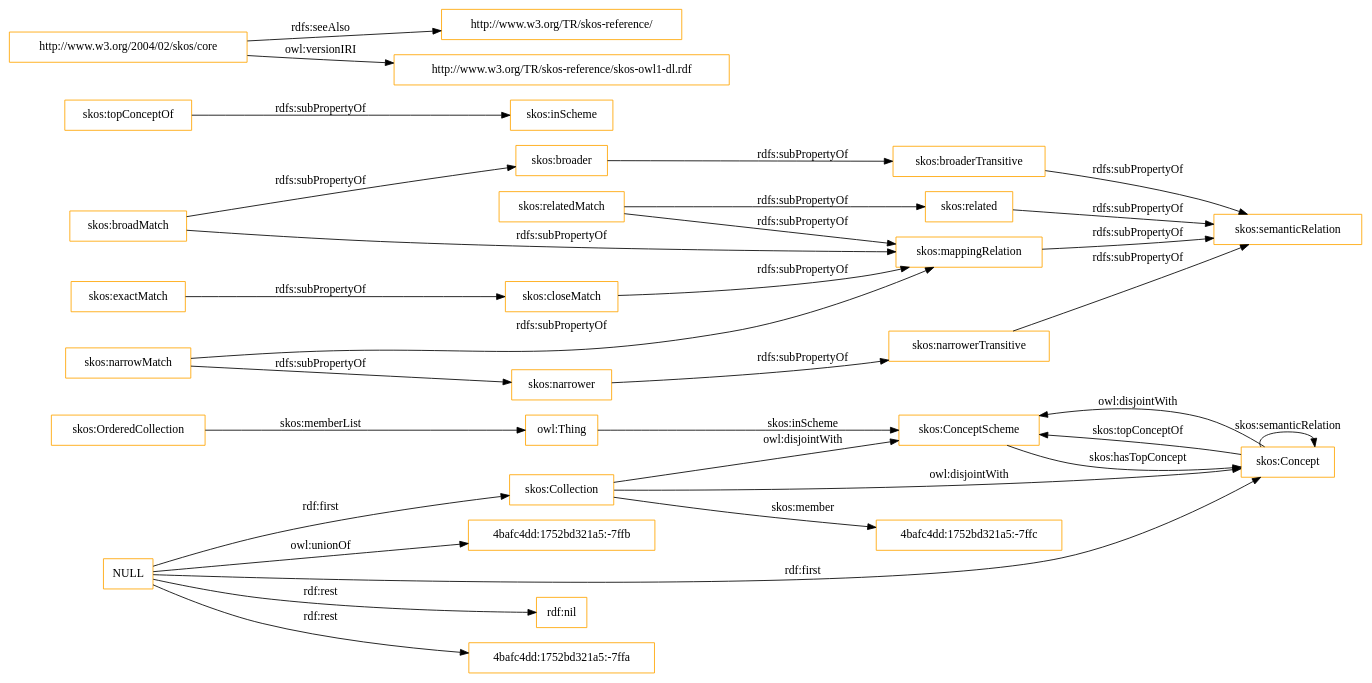
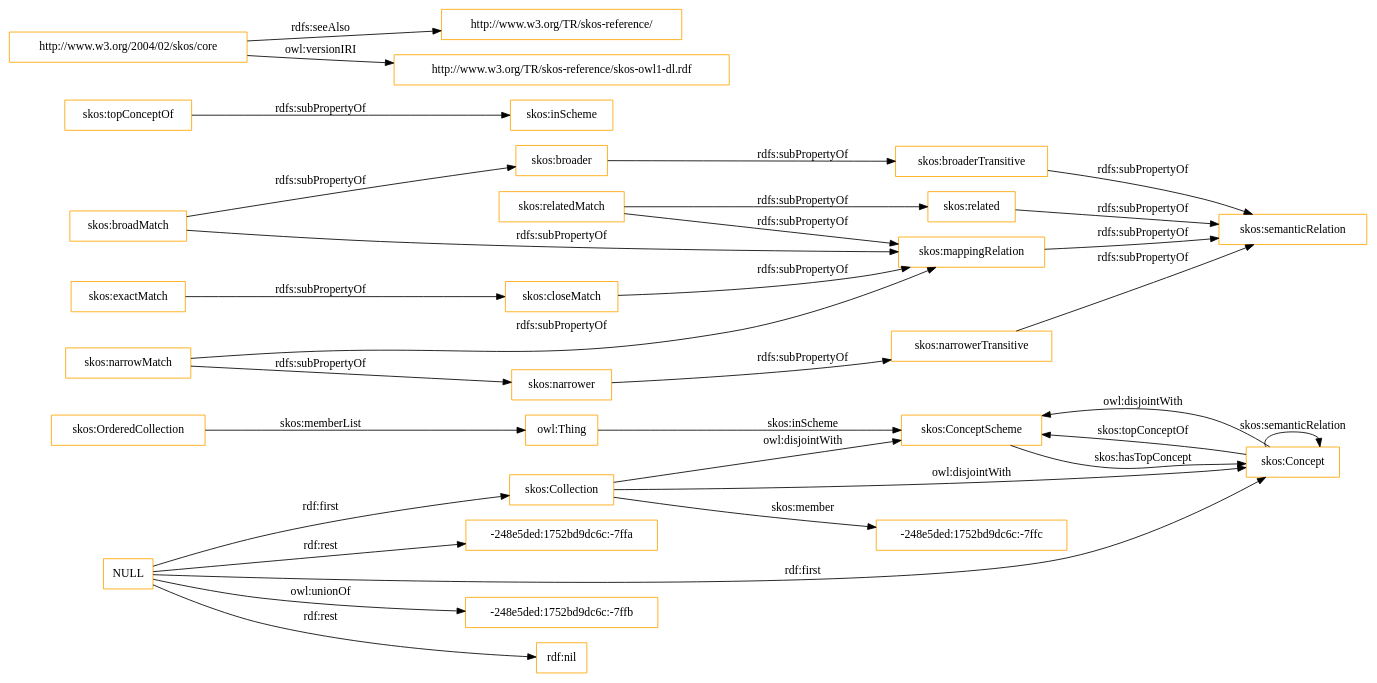
The diagram in OnToology/imports/skos.owl/diagrams/ar2dtool-class/skos.owl.png.dot (OnToologyUser/core-ontology-1), drawn with Graphviz before and after one commit. The commit also changed 14 other files, not shown here.

```diff
--- a/OnToology/imports/skos.owl/diagrams/ar2dtool-class/skos.owl.png.dot
+++ b/OnToology/imports/skos.owl/diagrams/ar2dtool-class/skos.owl.png.dot
@@ -1,37 +1,37 @@
 digraph ar2dtool_diagram { 
 rankdir=LR;
 size="1501"
-node [shape = rectangle, color="orange"]; "skos:OrderedCollection" "skos:ConceptScheme" "skos:Concept" "skos:Collection" "4bafc4dd:1752bd321a5:-7ffc" ; /*classes style*/
+node [shape = rectangle, color="orange"]; "skos:OrderedCollection" "skos:ConceptScheme" "skos:Concept" "skos:Collection" "-248e5ded:1752bd9dc6c:-7ffc" ; /*classes style*/
 	"skos:narrowerTransitive" -> "skos:semanticRelation" [ label = "rdfs:subPropertyOf" ];
+	"NULL" -> "-248e5ded:1752bd9dc6c:-7ffb" [ label = "owl:unionOf" ];
 	"NULL" -> "rdf:nil" [ label = "rdf:rest" ];
 	"NULL" -> "skos:Concept" [ label = "rdf:first" ];
-	"NULL" -> "4bafc4dd:1752bd321a5:-7ffa" [ label = "rdf:rest" ];
+	"NULL" -> "-248e5ded:1752bd9dc6c:-7ffa" [ label = "rdf:rest" ];
 	"NULL" -> "skos:Collection" [ label = "rdf:first" ];
-	"NULL" -> "4bafc4dd:1752bd321a5:-7ffb" [ label = "owl:unionOf" ];
 	"skos:closeMatch" -> "skos:mappingRelation" [ label = "rdfs:subPropertyOf" ];
 	"skos:Concept" -> "skos:ConceptScheme" [ label = "owl:disjointWith" ];
 	"skos:relatedMatch" -> "skos:related" [ label = "rdfs:subPropertyOf" ];
 	"skos:relatedMatch" -> "skos:mappingRelation" [ label = "rdfs:subPropertyOf" ];
 	"skos:related" -> "skos:semanticRelation" [ label = "rdfs:subPropertyOf" ];
 	"skos:topConceptOf" -> "skos:inScheme" [ label = "rdfs:subPropertyOf" ];
 	"skos:broadMatch" -> "skos:mappingRelation" [ label = "rdfs:subPropertyOf" ];
 	"skos:broadMatch" -> "skos:broader" [ label = "rdfs:subPropertyOf" ];
 	"skos:exactMatch" -> "skos:closeMatch" [ label = "rdfs:subPropertyOf" ];
 	"skos:broaderTransitive" -> "skos:semanticRelation" [ label = "rdfs:subPropertyOf" ];
 	"skos:broader" -> "skos:broaderTransitive" [ label = "rdfs:subPropertyOf" ];
 	"skos:mappingRelation" -> "skos:semanticRelation" [ label = "rdfs:subPropertyOf" ];
 	"http://www.w3.org/2004/02/skos/core" -> "http://www.w3.org/TR/skos-reference/" [ label = "rdfs:seeAlso" ];
 	"http://www.w3.org/2004/02/skos/core" -> "http://www.w3.org/TR/skos-reference/skos-owl1-dl.rdf" [ label = "owl:versionIRI" ];
 	"skos:Collection" -> "skos:ConceptScheme" [ label = "owl:disjointWith" ];
 	"skos:Collection" -> "skos:Concept" [ label = "owl:disjointWith" ];
 	"skos:narrower" -> "skos:narrowerTransitive" [ label = "rdfs:subPropertyOf" ];
 	"skos:narrowMatch" -> "skos:narrower" [ label = "rdfs:subPropertyOf" ];
 	"skos:narrowMatch" -> "skos:mappingRelation" [ label = "rdfs:subPropertyOf" ];
 	"skos:OrderedCollection" -> "owl:Thing" [ label = "skos:memberList" ];
 	"skos:Concept" -> "skos:ConceptScheme" [ label = "skos:topConceptOf" ];
 	"skos:Concept" -> "skos:Concept" [ label = "skos:semanticRelation" ];
-	"skos:Collection" -> "4bafc4dd:1752bd321a5:-7ffc" [ label = "skos:member" ];
+	"skos:Collection" -> "-248e5ded:1752bd9dc6c:-7ffc" [ label = "skos:member" ];
 	"skos:ConceptScheme" -> "skos:Concept" [ label = "skos:hasTopConcept" ];
 	"owl:Thing" -> "skos:ConceptScheme" [ label = "skos:inScheme" ];
 
 }
```
